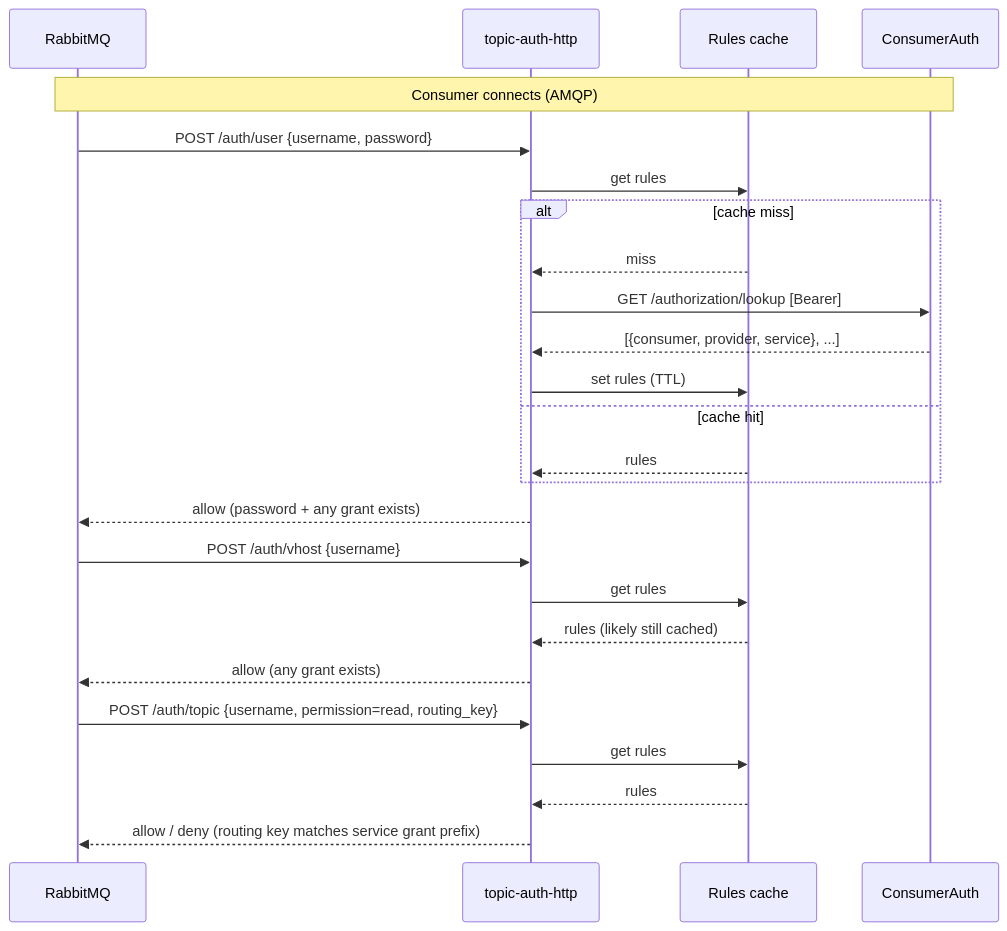
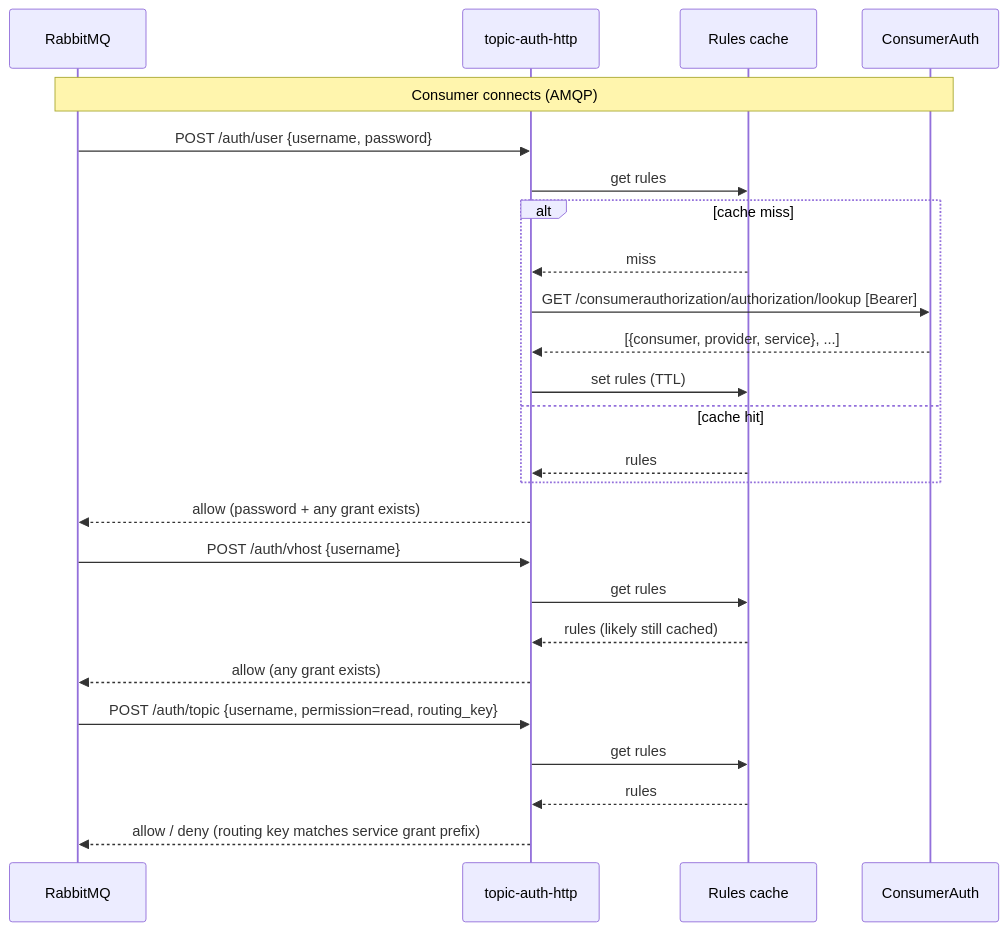
The fifth of 6 diagrams in support/DIAGRAMS.md (ulfbod/Arrowhead-experimental-core-systems), drawn with Mermaid before and after one commit. The commit also changed other lines of this file and 183 other files, not shown here.

````diff
--- a/support/DIAGRAMS.md
+++ b/support/DIAGRAMS.md
@@ -158,31 +158,31 @@
 ```mermaid
 sequenceDiagram
     participant RMQ as RabbitMQ
     participant TAH as topic-auth-http
     participant Cache as Rules cache
     participant CA as ConsumerAuth
 
     Note over RMQ,CA: Consumer connects (AMQP)
 
     RMQ->>TAH: POST /auth/user  {username, password}
     TAH->>Cache: get rules
     alt cache miss
         Cache-->>TAH: miss
-        TAH->>CA: GET /authorization/lookup [Bearer]
+        TAH->>CA: GET /consumerauthorization/authorization/lookup [Bearer]
         CA-->>TAH: [{consumer, provider, service}, ...]
         TAH->>Cache: set rules (TTL)
     else cache hit
         Cache-->>TAH: rules
     end
     TAH-->>RMQ: allow  (password + any grant exists)
 
     RMQ->>TAH: POST /auth/vhost  {username}
     TAH->>Cache: get rules
     Cache-->>TAH: rules (likely still cached)
     TAH-->>RMQ: allow  (any grant exists)
 
     RMQ->>TAH: POST /auth/topic  {username, permission=read, routing_key}
     TAH->>Cache: get rules
     Cache-->>TAH: rules
     TAH-->>RMQ: allow / deny  (routing key matches service grant prefix)
 ```
````
